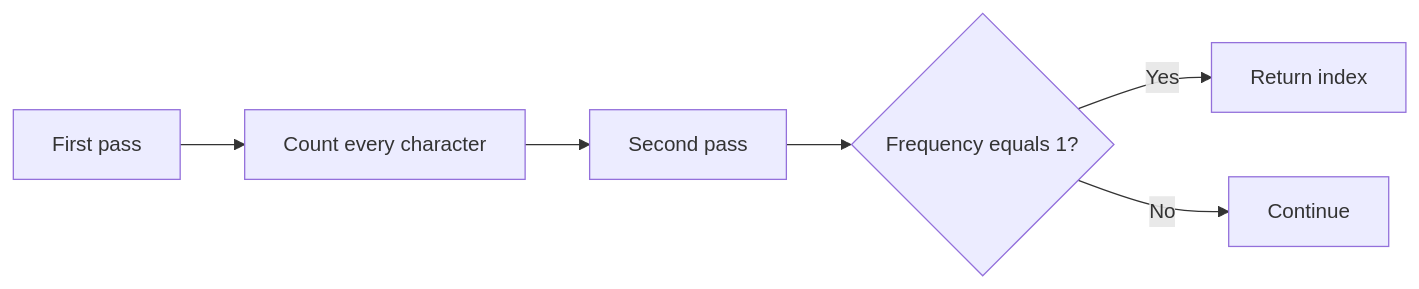
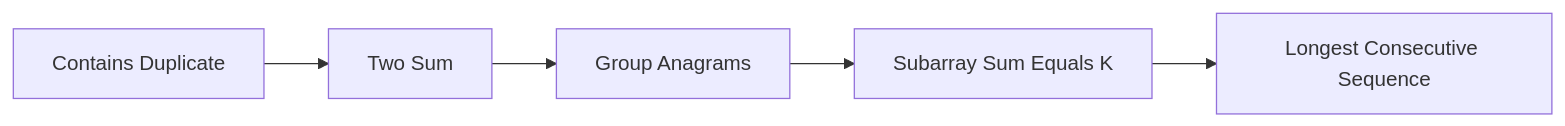
Before and after one commit to 9999dude/omega: the fifth of 16 diagrams in docs/datastructures/hash-map.md, drawn with Mermaid. The commit also changed other lines of this file and 58 other files, not shown here.

````diff
--- a/docs/datastructures/hash-map.md
+++ b/docs/datastructures/hash-map.md
@@ -1350,8 +138,8 @@
 ```mermaid
 flowchart LR
-    A["First pass"] --> B["Count every character"]
-    B --> C["Second pass"]
-    C --> D{"Frequency equals 1?"}
-    D -->|Yes| E["Return index"]
-    D -->|No| F["Continue"]
+    Q0["Contains Duplicate"]
+    Q0 --> Q1["Two Sum"]
+    Q1 --> Q2["Group Anagrams"]
+    Q2 --> Q3["Subarray Sum Equals K"]
+    Q3 --> Q4["Longest Consecutive Sequence"]
 ```
````
